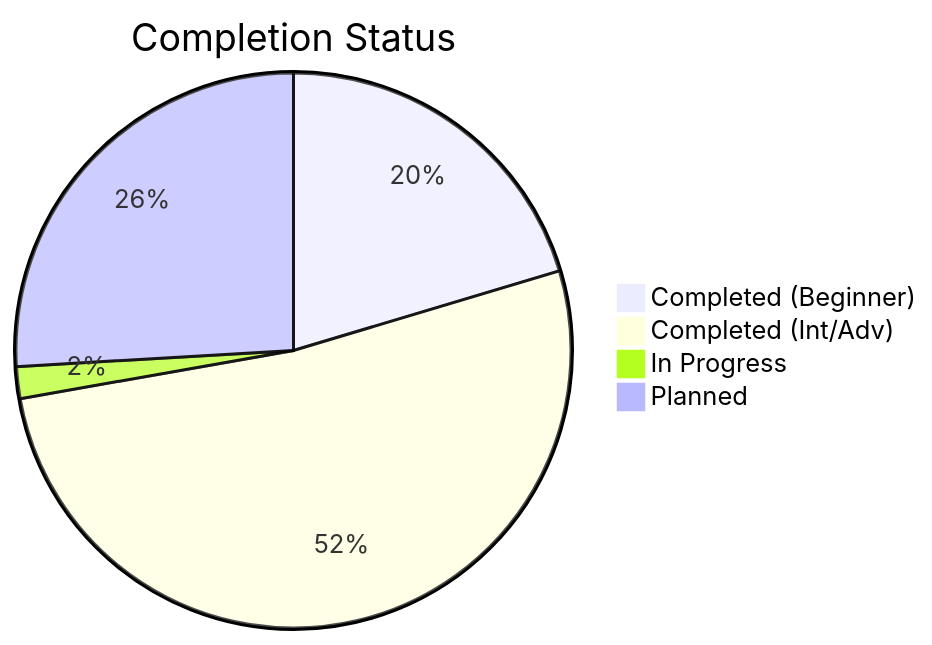
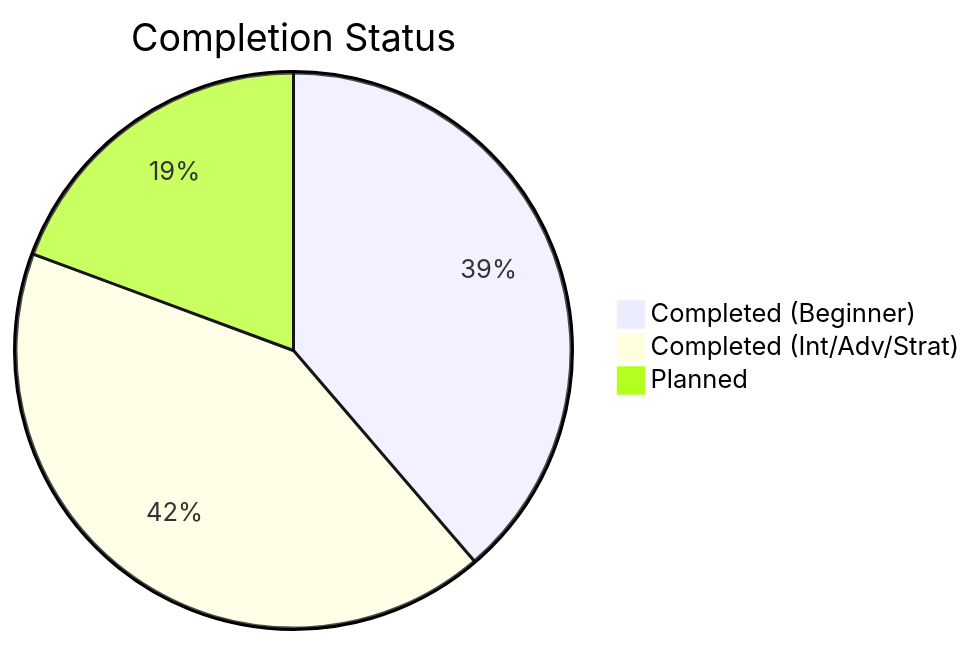
Before and after one commit to Ganil151/Devops: the second of 2 diagrams in 1-Beginner/02-Phase-2/01-Automation/AUTOMATION_MASTER_INDEX.md, drawn with Mermaid. The commit also changed other lines of this file and 16 other files, not shown here.

````diff
--- a/1-Beginner/02-Phase-2/01-Automation/AUTOMATION_MASTER_INDEX.md
+++ b/1-Beginner/02-Phase-2/01-Automation/AUTOMATION_MASTER_INDEX.md
@@ -989,7 +949,6 @@
 ```mermaid
 pie title Completion Status
-    "Completed (Beginner)" : 11
-    "Completed (Int/Adv)" : 28
-    "In Progress" : 1
-    "Planned" : 14
+    "Completed (Beginner)" : 24
+    "Completed (Int/Adv/Strat)" : 26
+    "Planned" : 12
 ```
````
